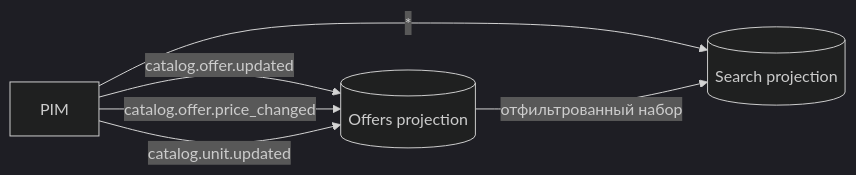
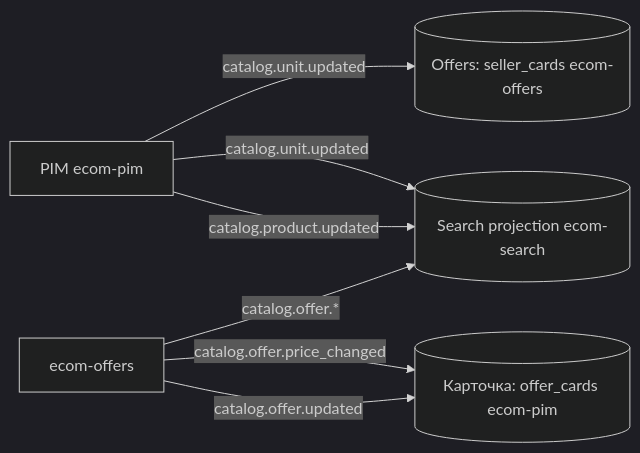
Before and after one commit to devcen-online/ecom-schema-registry: the diagram in docs/EVENTS.md, drawn with Mermaid (dark theme). The commit also changed other lines of this file and 3 other files, not shown here.

Commit message:
docs: события #34 — catalog.product.updated.v1, enum статусов unit по BDD-034 S-6, продюсер offer.* — ecom-offers (EVENTS-001 v0.3.0)

````diff
--- a/docs/EVENTS.md
+++ b/docs/EVENTS.md
@@ -76,8 +85,9 @@
 ```mermaid
 flowchart LR
-  PIM[PIM] -->|catalog.offer.updated| OFF[(Offers projection)]
-  PIM -->|catalog.offer.price_changed| OFF
-  PIM -->|catalog.unit.updated| OFF
-  PIM -->|*| SRCH[(Search projection)]
-  OFF -->|отфильтрованный набор| SRCH
+  PIM[PIM ecom-pim] -->|catalog.product.updated| SRCH[(Search projection ecom-search)]
+  PIM -->|catalog.unit.updated| SRCH
+  PIM -->|catalog.unit.updated| OFF[(Offers: seller_cards ecom-offers)]
+  OFFERS[ecom-offers] -->|catalog.offer.updated| PIMCARD[(Карточка: offer_cards ecom-pim)]
+  OFFERS -->|catalog.offer.price_changed| PIMCARD
+  OFFERS -->|catalog.offer.*| SRCH
 ```
````
